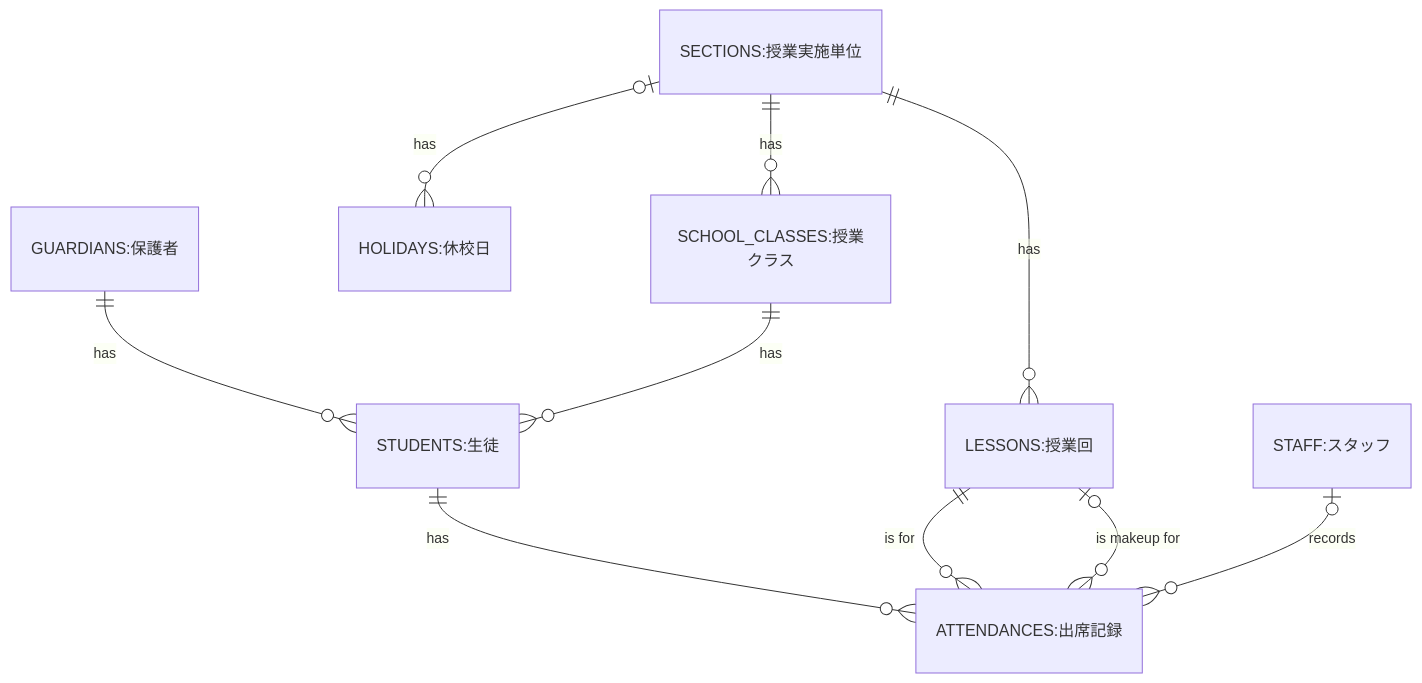
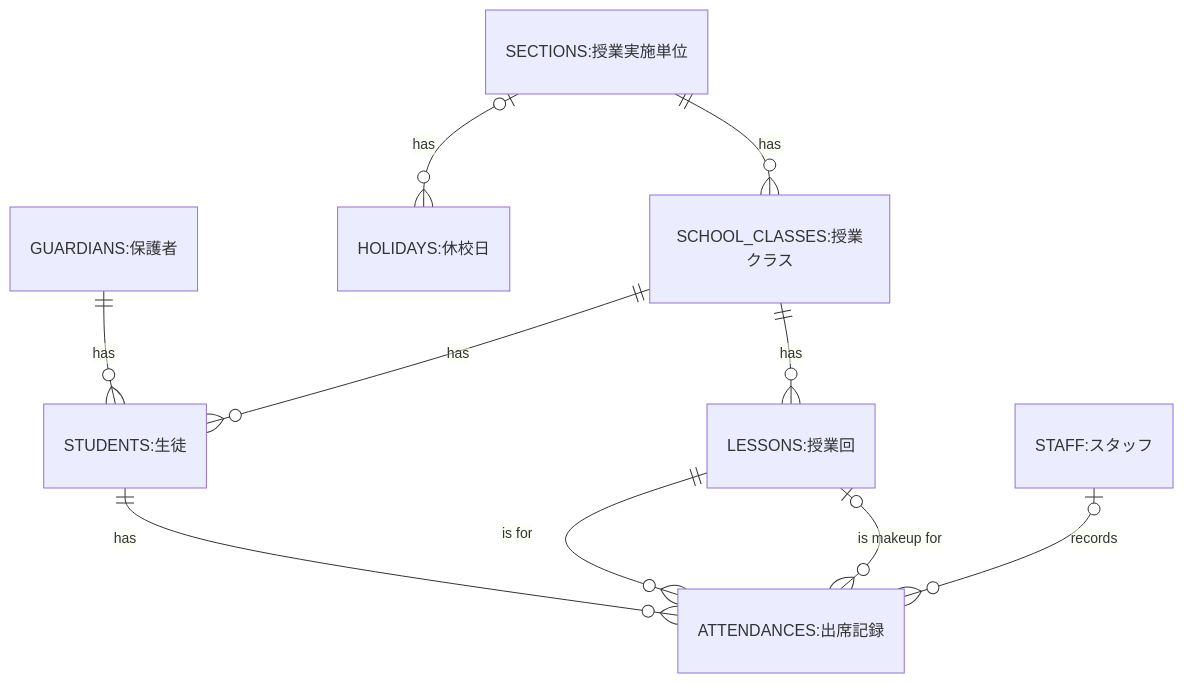
One commit to yamanoha-taishi/programming-school-attendance changed the diagram in docs/design/テーブル定義書.md. Above: the diagram before and after it, drawn with Mermaid. The commit also changed other lines of this file and 1 other file, not shown here.

````diff
--- a/docs/design/テーブル定義書.md
+++ b/docs/design/テーブル定義書.md
@@ -139,22 +139,22 @@
 ```mermaid
 
 erDiagram
   GUARDIANS["GUARDIANS:保護者"] {}
   STUDENTS["STUDENTS:生徒"] {}
   STAFF["STAFF:スタッフ"] {}
   HOLIDAYS["HOLIDAYS:休校日"] {}
   SCHOOL_CLASSES["SCHOOL_CLASSES:授業クラス"] {}
   LESSONS["LESSONS:授業回"] {}
   SECTIONS["SECTIONS:授業実施単位"] {}
   ATTENDANCES["ATTENDANCES:出席記録"] {}
   GUARDIANS ||--o{ STUDENTS : "has"
   SCHOOL_CLASSES ||--o{ STUDENTS : "has"
   SECTIONS |o--o{ HOLIDAYS : "has"
   SECTIONS ||--o{ SCHOOL_CLASSES : "has"
-  SECTIONS ||--o{ LESSONS : "has"
+  SCHOOL_CLASSES ||--o{ LESSONS : "has"
   STUDENTS ||--o{ ATTENDANCES : "has"
   LESSONS ||--o{ ATTENDANCES : "is for"
   LESSONS |o--o{ ATTENDANCES : "is makeup for"
   STAFF |o--o{ ATTENDANCES : "records"
 
 ```
````
